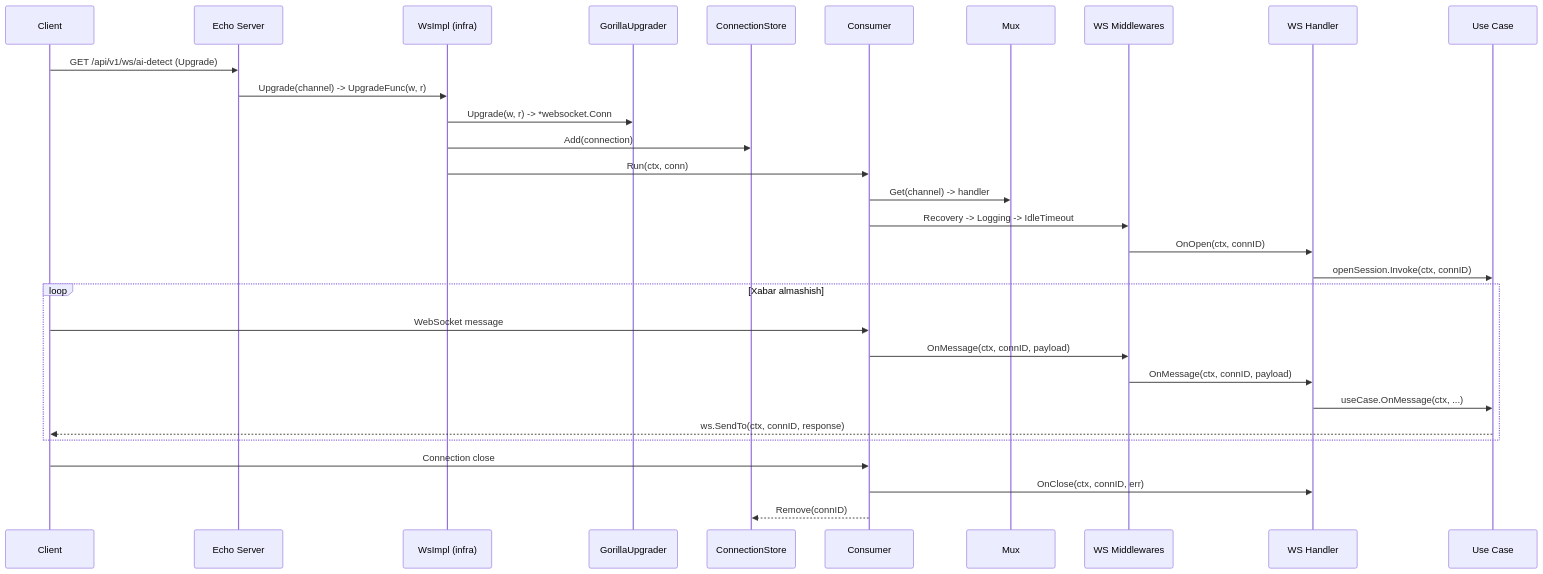
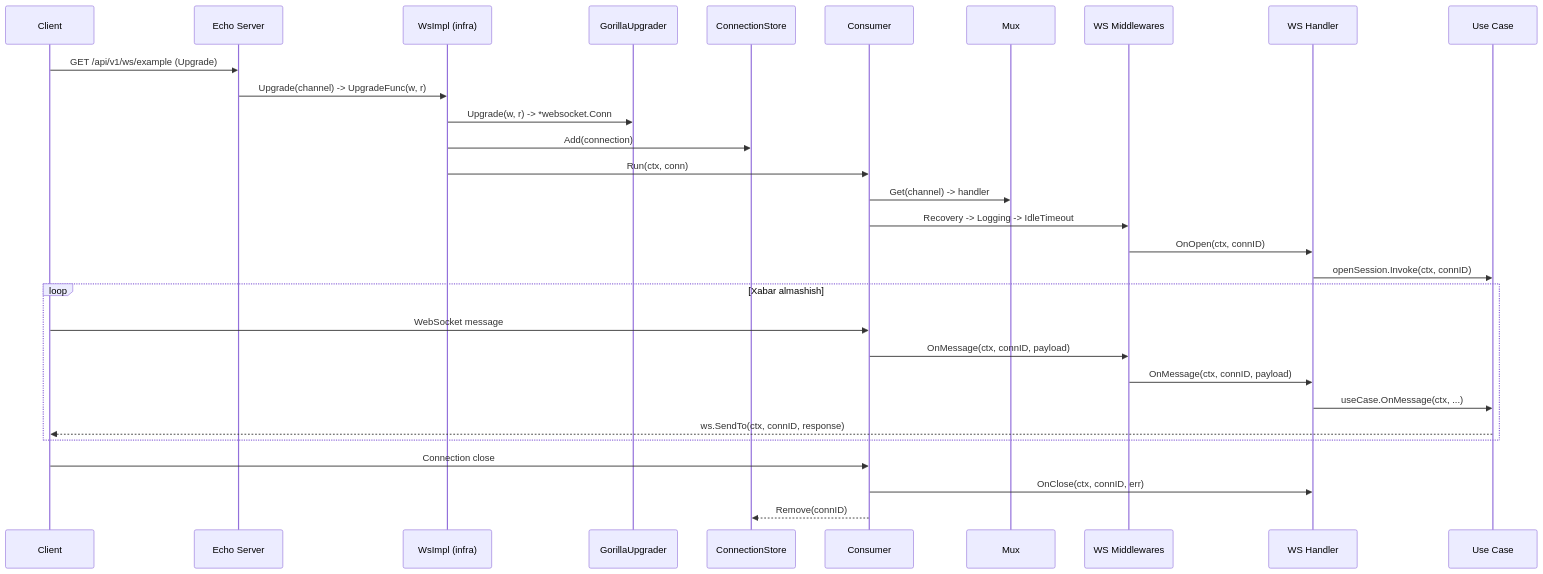
Before and after one commit to MuhriddinNorqulov/skeleton: the fourth of 4 diagrams in README.md, drawn with Mermaid. The commit also changed other lines of this file, not shown here.

````diff
--- a/README.md
+++ b/README.md
@@ -1021,35 +1015,35 @@
 ```mermaid
 sequenceDiagram
     participant Client
     participant Echo as Echo Server
     participant WsImpl as WsImpl (infra)
     participant Upgrader as GorillaUpgrader
     participant Store as ConnectionStore
     participant Consumer
     participant Mux
     participant MW as WS Middlewares
     participant Handler as WS Handler
     participant UC as Use Case
 
-    Client->>Echo: GET /api/v1/ws/ai-detect (Upgrade)
+    Client->>Echo: GET /api/v1/ws/example (Upgrade)
     Echo->>WsImpl: Upgrade(channel) -> UpgradeFunc(w, r)
     WsImpl->>Upgrader: Upgrade(w, r) -> *websocket.Conn
     WsImpl->>Store: Add(connection)
     WsImpl->>Consumer: Run(ctx, conn)
     Consumer->>Mux: Get(channel) -> handler
     Consumer->>MW: Recovery -> Logging -> IdleTimeout
     MW->>Handler: OnOpen(ctx, connID)
     Handler->>UC: openSession.Invoke(ctx, connID)
 
     loop Xabar almashish
         Client->>Consumer: WebSocket message
         Consumer->>MW: OnMessage(ctx, connID, payload)
         MW->>Handler: OnMessage(ctx, connID, payload)
         Handler->>UC: useCase.OnMessage(ctx, ...)
         UC-->>Client: ws.SendTo(ctx, connID, response)
     end
 
     Client->>Consumer: Connection close
     Consumer->>Handler: OnClose(ctx, connID, err)
     Consumer-->>Store: Remove(connID)
 ```
````
